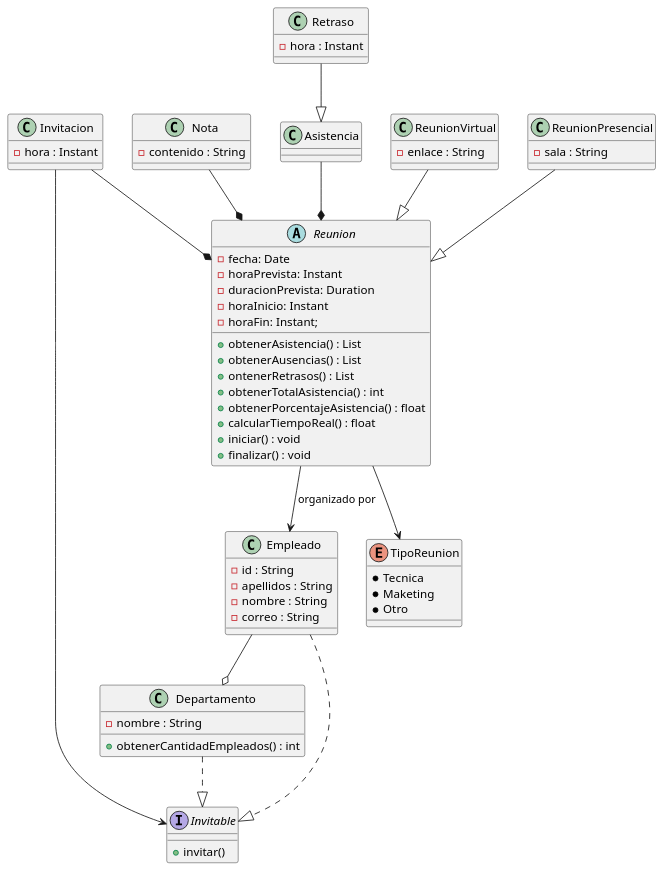
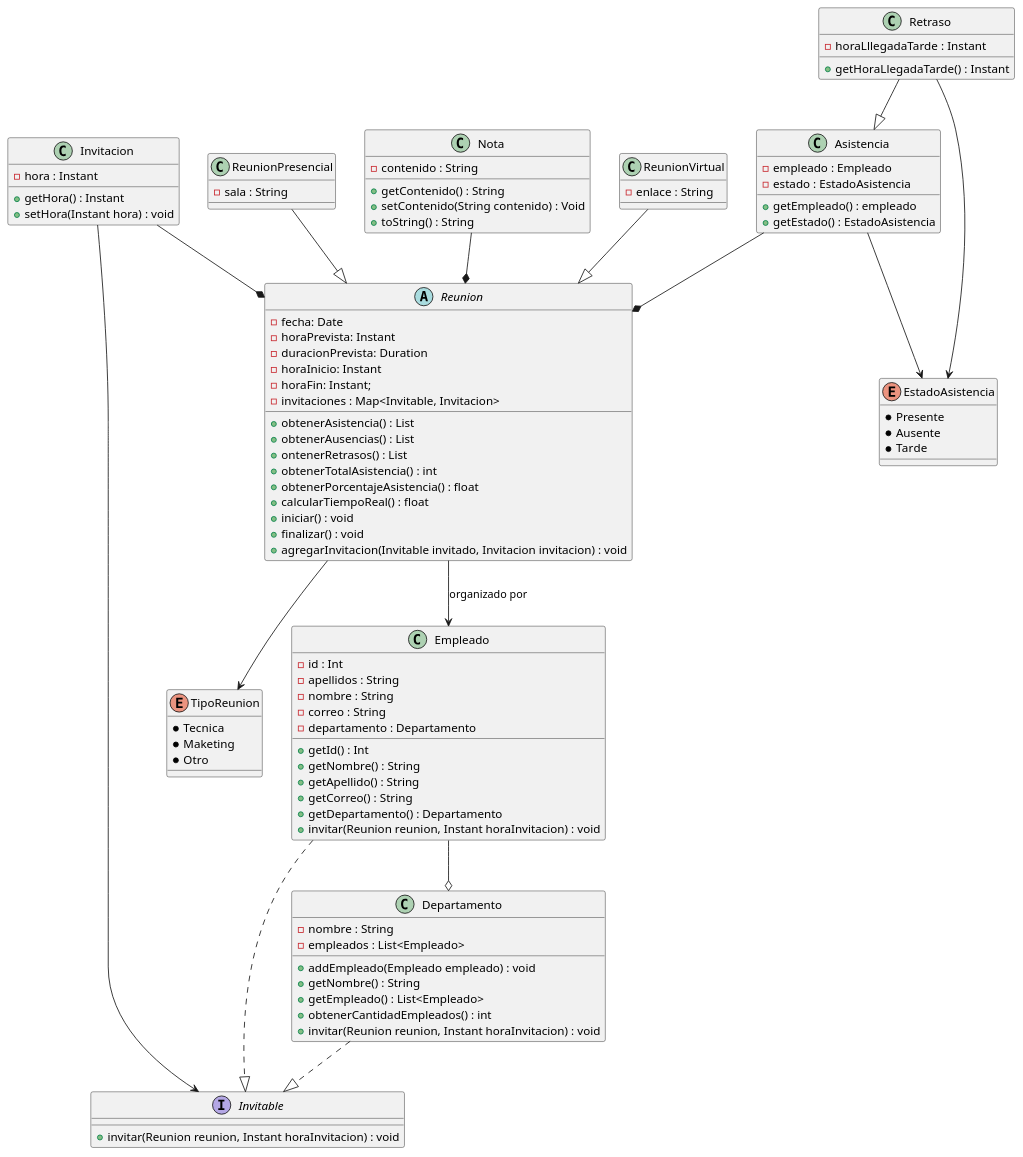
The diagram in UML.puml (d-a-t-s/Tarea2), drawn with PlantUML before and after one commit. The commit also changed 2 other files, not shown here.

Commit message:
Updated Uml

```diff
--- a/UML.puml
+++ b/UML.puml
@@ -1,81 +1,120 @@
 @startuml
 
 abstract class Reunion {
     - fecha: Date
     - horaPrevista: Instant
     - duracionPrevista: Duration
     - horaInicio: Instant
     - horaFin: Instant;
+    - invitaciones : Map<Invitable, Invitacion>
 
 
     + obtenerAsistencia() : List
     + obtenerAusencias() : List
     + ontenerRetrasos() : List
     + obtenerTotalAsistencia() : int
     + obtenerPorcentajeAsistencia() : float
     + calcularTiempoReal() : float
     + iniciar() : void
     + finalizar() : void
+    + agregarInvitacion(Invitable invitado, Invitacion invitacion) : void
 }
 
 enum TipoReunion {
   * Tecnica
   * Maketing
   * Otro
 }
 
+enum EstadoAsistencia {
+    * Presente
+    * Ausente
+    * Tarde
+}
+
 class Nota {
   - contenido : String
+
+  +getContenido() : String
+  +setContenido(String contenido) : Void
+  +toString() : String
 }
 
 class Invitacion {
   - hora : Instant
+
+  +getHora() : Instant
+  +setHora(Instant hora) : void
 }
 
-class Asistencia
+class Asistencia {
+    - empleado : Empleado
+    - estado : EstadoAsistencia
+
+    + getEmpleado() : empleado
+    + getEstado() : EstadoAsistencia
+}
 
 interface Invitable {
 
-    +invitar()
+    +invitar(Reunion reunion, Instant horaInvitacion) : void
 }
 
 class ReunionVirtual {
     - enlace : String
 }
 
 class ReunionPresencial {
     - sala : String
 }
 
 class Retraso {
-    - hora : Instant
+    - horaLllegadaTarde : Instant
+
+    +getHoraLlegadaTarde() : Instant
 }
 
 class Empleado {
-    - id : String
+    - id : Int
     - apellidos : String
     - nombre : String
     - correo : String
+    - departamento : Departamento
+
+    +getId() : Int
+    +getNombre() : String
+    +getApellido() : String
+    +getCorreo() : String
+    +getDepartamento() : Departamento
+    +invitar(Reunion reunion, Instant horaInvitacion) : void
+
 
 }
 
 class Departamento {
     - nombre : String
+    - empleados : List<Empleado>
 
+    +addEmpleado(Empleado empleado) : void
+    +getNombre() : String
+    +getEmpleado() : List<Empleado>
     +obtenerCantidadEmpleados() : int
+    +invitar(Reunion reunion, Instant horaInvitacion) : void
 }
 
 Nota --* Reunion
 Asistencia --* Reunion
 Invitacion --* Reunion
 ReunionVirtual --|> Reunion
 ReunionPresencial --|> Reunion
 Reunion --> TipoReunion
 Invitacion --> Invitable
 Retraso --|> Asistencia
 Reunion  --> Empleado: organizado por
 Empleado --o Departamento
 Empleado ..|> Invitable
 Departamento ..|> Invitable
+Asistencia --> EstadoAsistencia
+Retraso --> EstadoAsistencia
 
 @enduml
```
